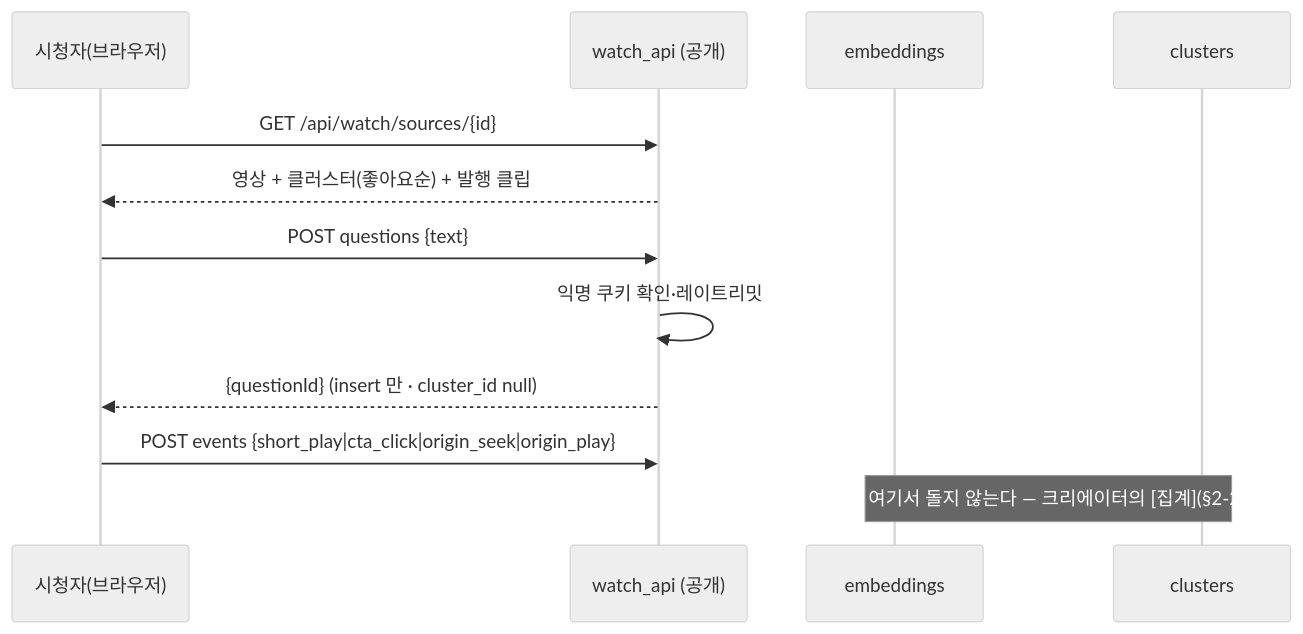
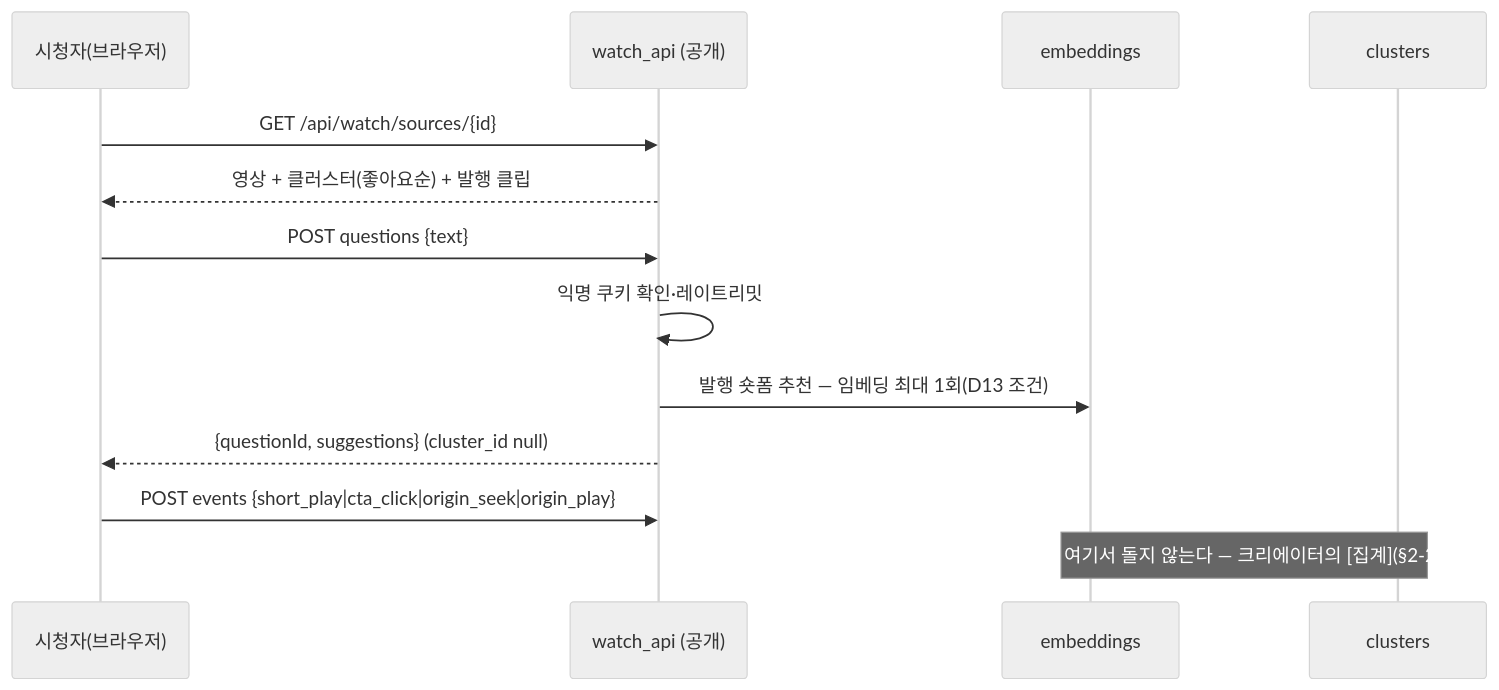
The first of 2 diagrams in docs/update_plan.md (HHsungmoon/shorts_maker), drawn with Mermaid (neutral theme) before and after one commit. The commit also changed other lines of this file and 3 other files, not shown here.

````diff
--- a/docs/update_plan.md
+++ b/docs/update_plan.md
@@ -65,14 +65,15 @@
 ```mermaid
 sequenceDiagram
   participant V as 시청자(브라우저)
   participant W as watch_api (공개)
   participant E as embeddings
   participant C as clusters
   V->>W: GET /api/watch/sources/{id}
   W-->>V: 영상 + 클러스터(좋아요순) + 발행 클립
   V->>W: POST questions {text}
   W->>W: 익명 쿠키 확인·레이트리밋
-  W-->>V: {questionId}  (insert 만 · cluster_id null)
+  W->>E: 발행 숏폼 추천 — 임베딩 최대 1회(D13 조건)
+  W-->>V: {questionId, suggestions}  (cluster_id null)
   V->>W: POST events {short_play|cta_click|origin_seek|origin_play}
   Note over E,C: 묶기는 여기서 돌지 않는다 — 크리에이터의 [집계](§2-2) 에서
 ```
````
